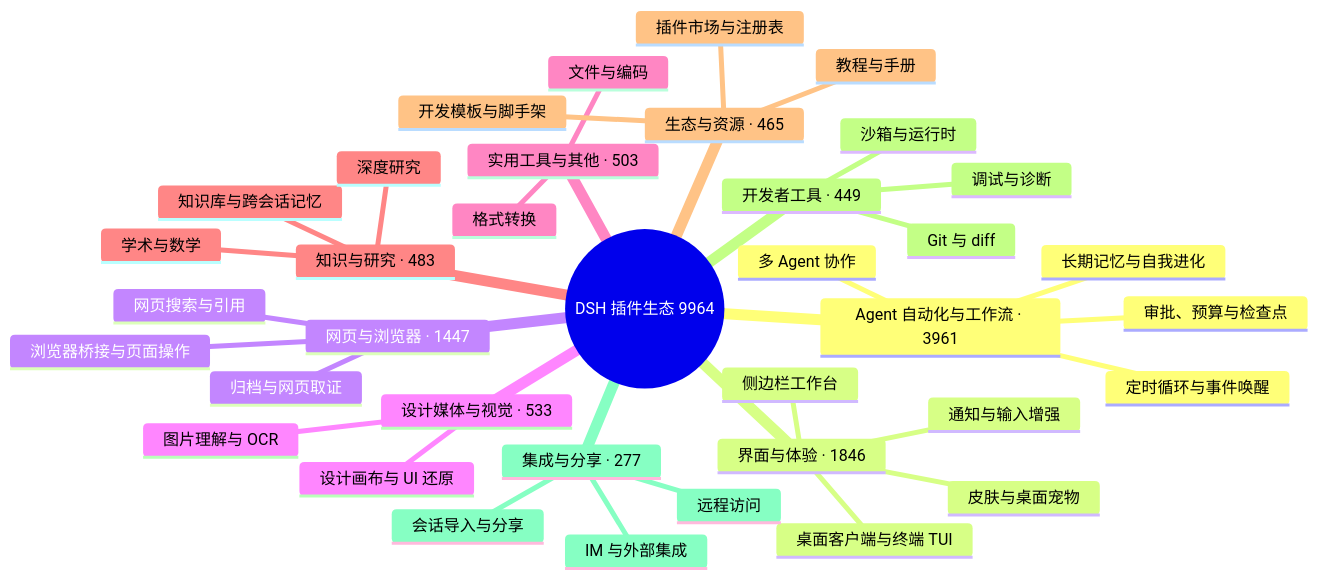
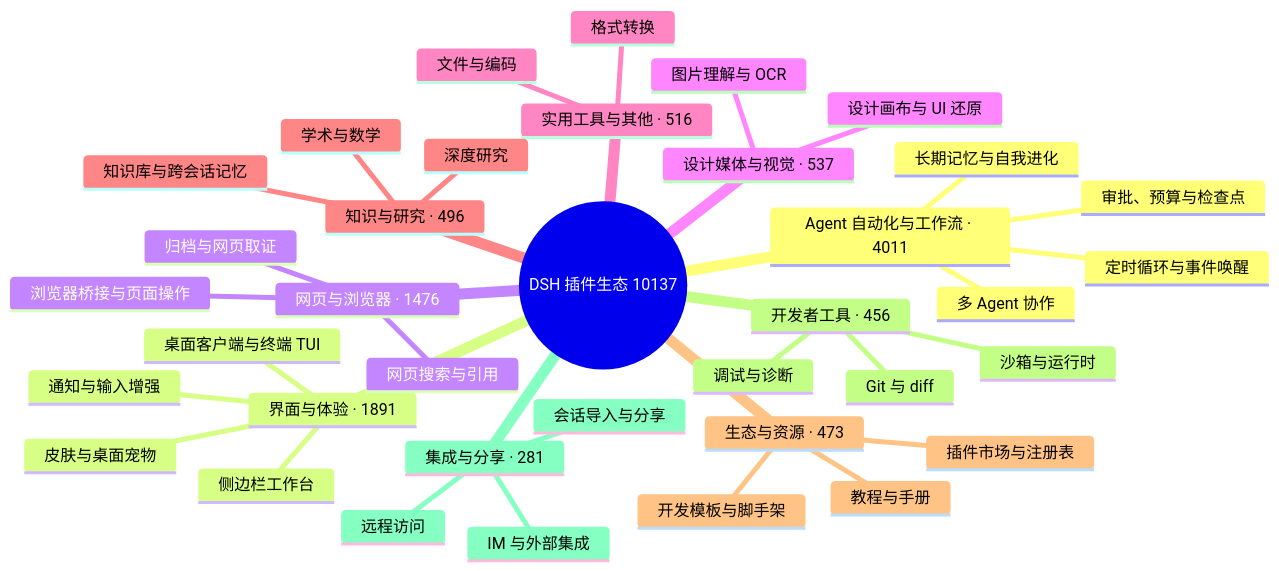
The diagram in README.md (bruc3van/awesome-dsh-plugin), drawn with Mermaid before and after one commit. The commit also changed other lines of this file and 20 other files, not shown here.

````diff
--- a/README.md
+++ b/README.md
@@ -32,40 +32,40 @@
 ```mermaid
 mindmap
-  root((DSH 插件生态 9964))
-    Agent 自动化与工作流 · 3961
+  root((DSH 插件生态 10137))
+    Agent 自动化与工作流 · 4011
       定时循环与事件唤醒
       多 Agent 协作
       长期记忆与自我进化
       审批、预算与检查点
-    界面与体验 · 1846
+    界面与体验 · 1891
       桌面客户端与终端 TUI
       侧边栏工作台
       皮肤与桌面宠物
       通知与输入增强
-    网页与浏览器 · 1447
+    网页与浏览器 · 1476
       浏览器桥接与页面操作
       网页搜索与引用
       归档与网页取证
-    设计媒体与视觉 · 533
+    设计媒体与视觉 · 537
       图片理解与 OCR
       设计画布与 UI 还原
-    实用工具与其他 · 503
+    实用工具与其他 · 516
       文件与编码
       格式转换
-    知识与研究 · 483
+    知识与研究 · 496
       知识库与跨会话记忆
       深度研究
       学术与数学
-    生态与资源 · 465
+    生态与资源 · 473
       插件市场与注册表
       开发模板与脚手架
       教程与手册
-    开发者工具 · 449
+    开发者工具 · 456
       Git 与 diff
       沙箱与运行时
       调试与诊断
-    集成与分享 · 277
+    集成与分享 · 281
       会话导入与分享
       远程访问
       IM 与外部集成
 ```
````
